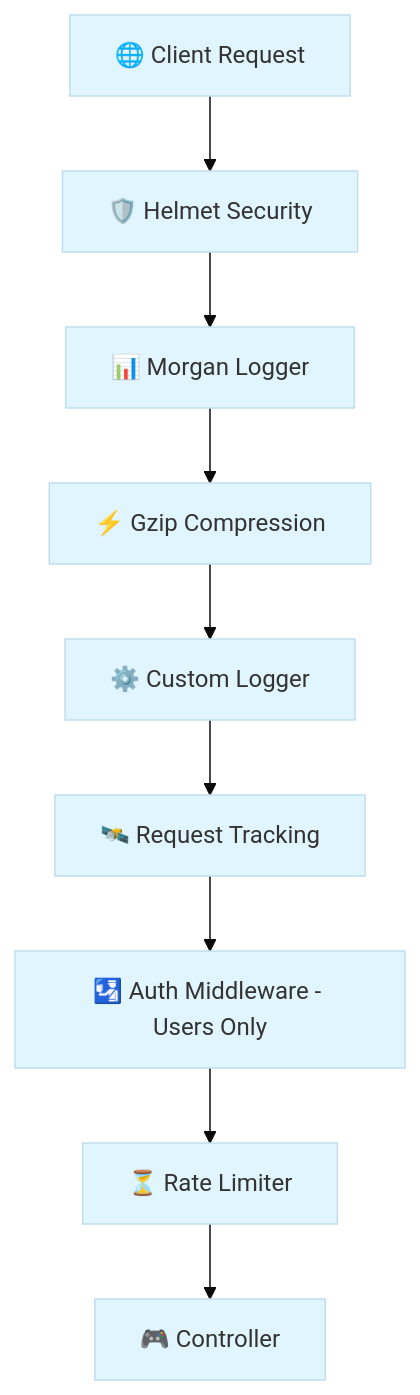
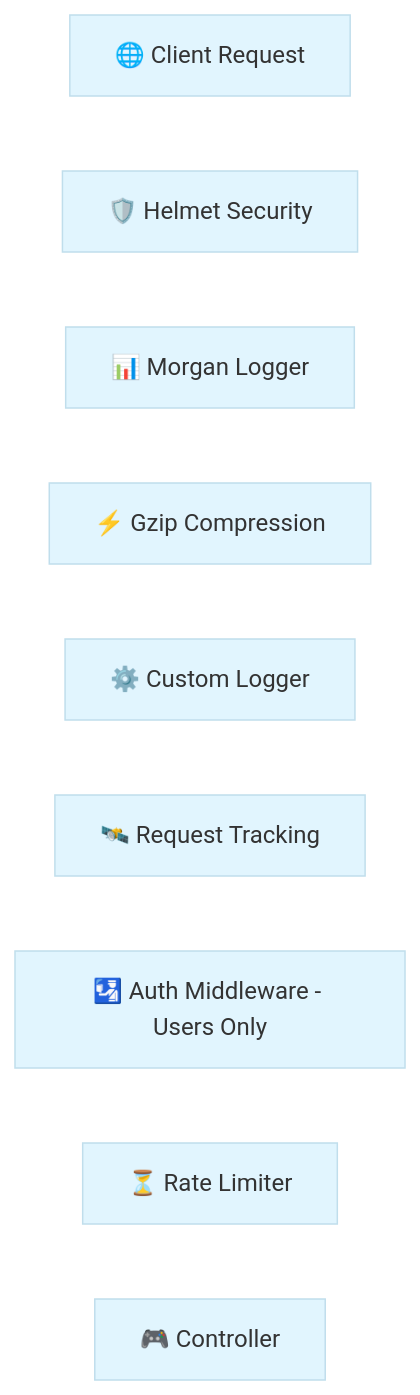
The first of 3 diagrams in README.md (alvianzf/introduction-to-nest), drawn with Mermaid before and after one commit. The commit also changed other lines of this file and 2 other files, not shown here.

Commit message:
Enhance Mermaid diagram visibility: Set lines and edges to white

````diff
--- a/README.md
+++ b/README.md
@@ -11,12 +11,12 @@
 ```mermaid
-%%{init: {'theme': 'base', 'themeVariables': { 'primaryColor': '#e1f5fe', 'edgeColor': '#01579b', 'tertiaryColor': '#fff9c4'}}}%%
+%%{init: {'theme': 'base', 'themeVariables': { 'primaryColor': '#e1f5fe', 'edgeColor': '#ffffff', 'tertiaryColor': '#fff9c4', 'lineColor': '#ffffff'}}}%%
 graph TD
     Client[🌐 Client Request] --> Helmet[🛡️ Helmet Security]
     Helmet --> Morgan[📊 Morgan Logger]
     Morgan --> Compression[⚡ Gzip Compression]
     Compression --> LoggerMW[⚙️ Custom Logger]
     LoggerMW --> TrackingMW[🛰️ Request Tracking]
     TrackingMW --> AuthMW[🛂 Auth Middleware - Users Only]
     AuthMW --> RateLimit[⏳ Rate Limiter]
     RateLimit --> Controller[🎮 Controller]
 ```
````
